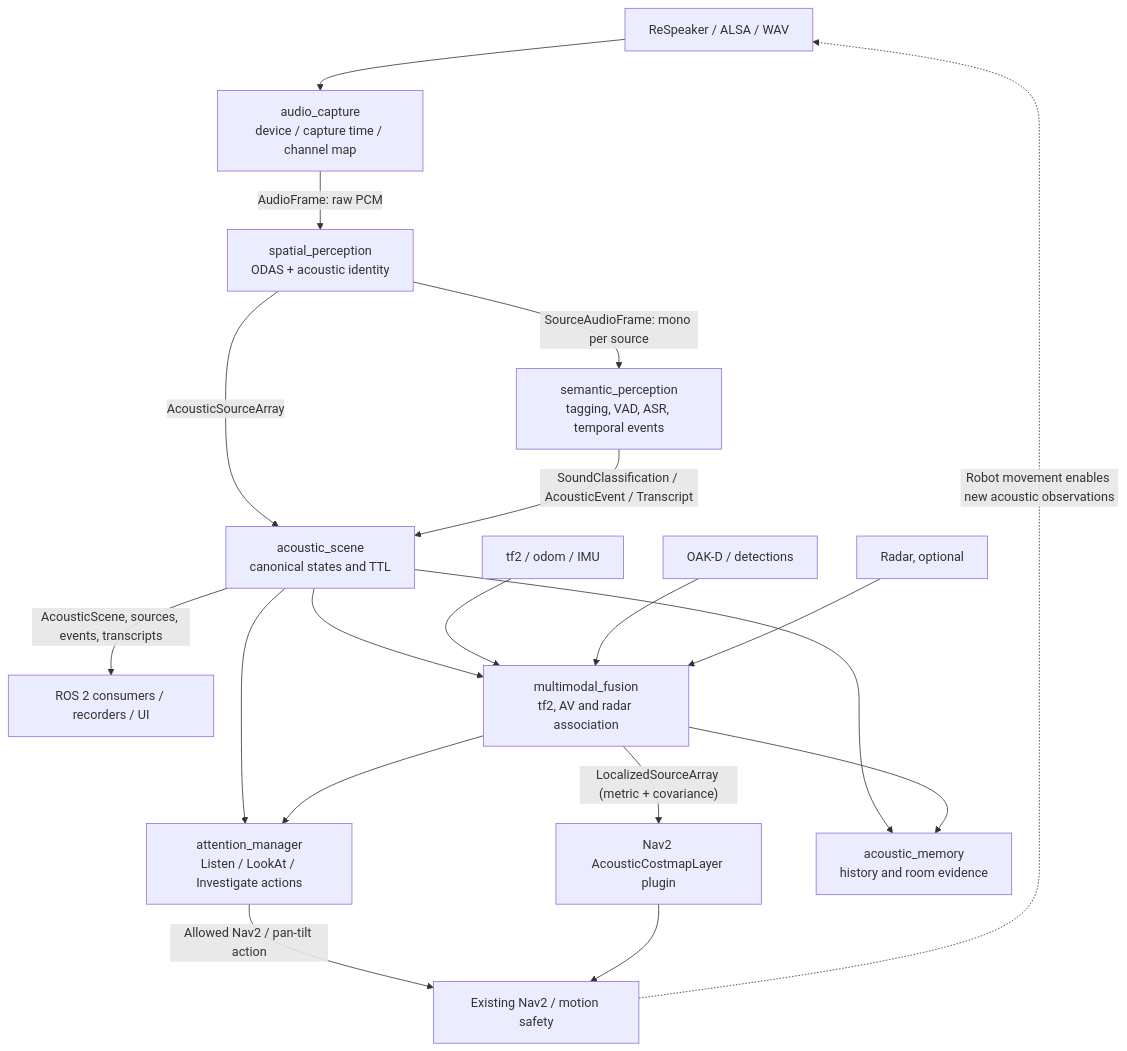
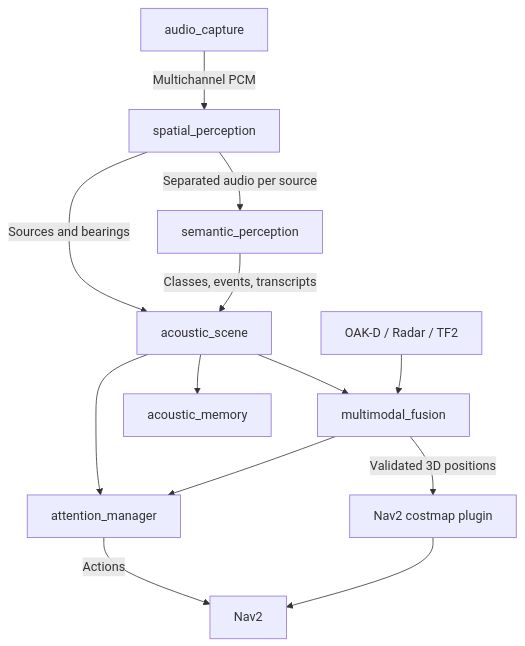
One commit to ARDev1161/audition_ros2 changed the first of 2 diagrams in docs/ROS2_ARCHITECTURE.md. Above: the diagram before and after it, drawn with Mermaid. The commit also changed other lines of this file, not shown here.

Commit message:
docs: render exact user-approved Mermaid interaction chart in GitHub Markdown

````diff
--- a/docs/ROS2_ARCHITECTURE.md
+++ b/docs/ROS2_ARCHITECTURE.md
@@ -41,21 +41,15 @@
 ```mermaid
 flowchart TB
-  MIC["ReSpeaker / ALSA / WAV"] --> CAP["audio_capture<br/>device / capture time / channel map"]
-  CAP -->|"AudioFrame: raw PCM"| SP["spatial_perception<br/>ODAS + acoustic identity"]
-  SP -->|"SourceAudioFrame: mono per source"| SEM["semantic_perception<br/>tagging, VAD, ASR, temporal events"]
-  SP -->|"AcousticSourceArray"| SC["acoustic_scene<br/>canonical states and TTL"]
-  SEM -->|"SoundClassification / AcousticEvent / Transcript"| SC
-  SC -->|"AcousticScene, sources, events, transcripts"| CONS["ROS 2 consumers / recorders / UI"]
-  SC --> ATT["attention_manager<br/>Listen / LookAt / Investigate actions"]
-  SC --> FUS["multimodal_fusion<br/>tf2, AV and radar association"]
-  TF["tf2 / odom / IMU"] --> FUS
-  CAM["OAK-D / detections"] --> FUS
-  RAD["Radar, optional"] --> FUS
-  FUS -->|"LocalizedSourceArray (metric + covariance)"| MAP["Nav2 AcousticCostmapLayer plugin"]
-  FUS --> ATT
-  SC --> MEM["acoustic_memory<br/>history and room evidence"]
-  FUS --> MEM
-  ATT -->|"Allowed Nav2 / pan-tilt action"| NAV["Existing Nav2 / motion safety"]
-  MAP --> NAV
-  NAV -. "Robot movement enables new acoustic observations" .-> MIC
+    CAP["audio_capture"] -->|Multichannel PCM| SP["spatial_perception"]
+    SP -->|Separated audio per source| SEM["semantic_perception"]
+    SP -->|Sources and bearings| SC["acoustic_scene"]
+    SEM -->|Classes, events, transcripts| SC
+    SC --> ATT["attention_manager"]
+    SC --> FUS["multimodal_fusion"]
+    SC --> MEM["acoustic_memory"]
+    CAM["OAK-D / Radar / TF2"] --> FUS
+    FUS -->|Validated 3D positions| COST["Nav2 costmap plugin"]
+    FUS --> ATT
+    ATT -->|Actions| NAV["Nav2"]
+    COST --> NAV
 ```
````
